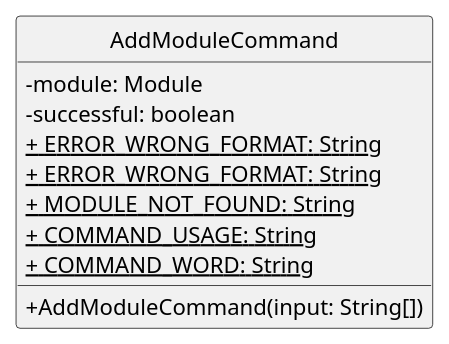
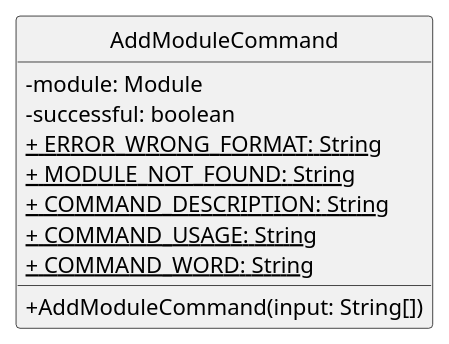
The diagram in docs/UMLdiagrams/AddModuleCommandClass.puml (nus-cs2113-AY2223S1/tp), drawn with PlantUML before and after one commit. The commit also changed 1 other file, not shown here.

Commit message:
Fix addmodule class diagram

```diff
--- a/docs/UMLdiagrams/AddModuleCommandClass.puml
+++ b/docs/UMLdiagrams/AddModuleCommandClass.puml
@@ -1,15 +1,15 @@
 @startuml
 skinparam classAttributeIconSize 0
 hide circle
 class AddModuleCommand {
     - module: Module
     - successful: boolean
     <u>+ ERROR_WRONG_FORMAT: String
-    <u>+ ERROR_WRONG_FORMAT: String
     <u>+ MODULE_NOT_FOUND: String
+    <u>+ COMMAND_DESCRIPTION: String
     <u>+ COMMAND_USAGE: String
     <u>+ COMMAND_WORD: String
 
     + AddModuleCommand(input: String[])
 }
 @enduml
```
